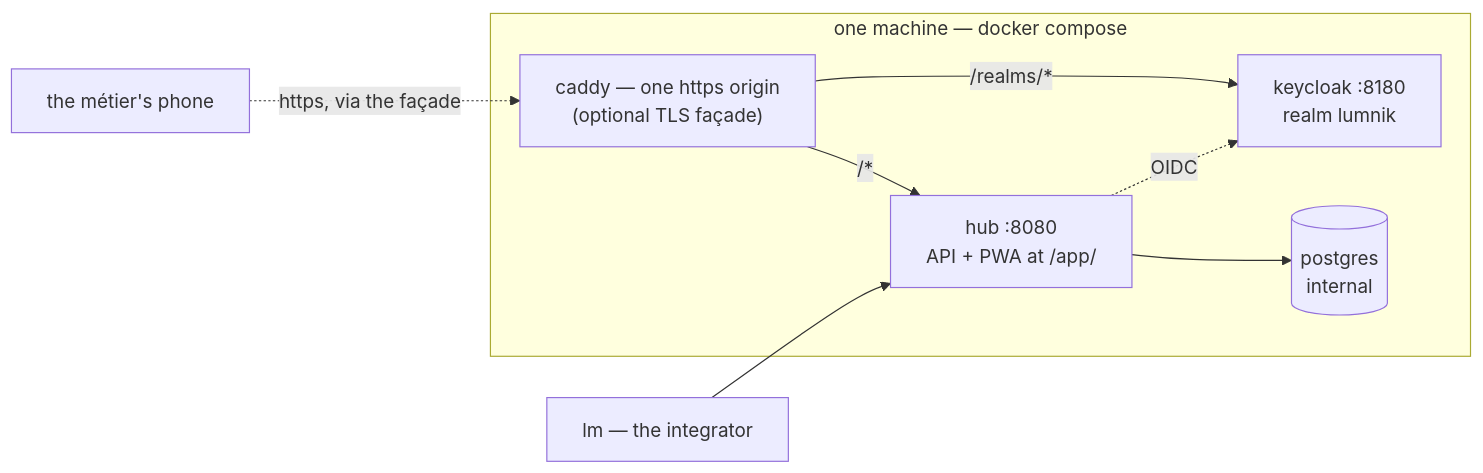
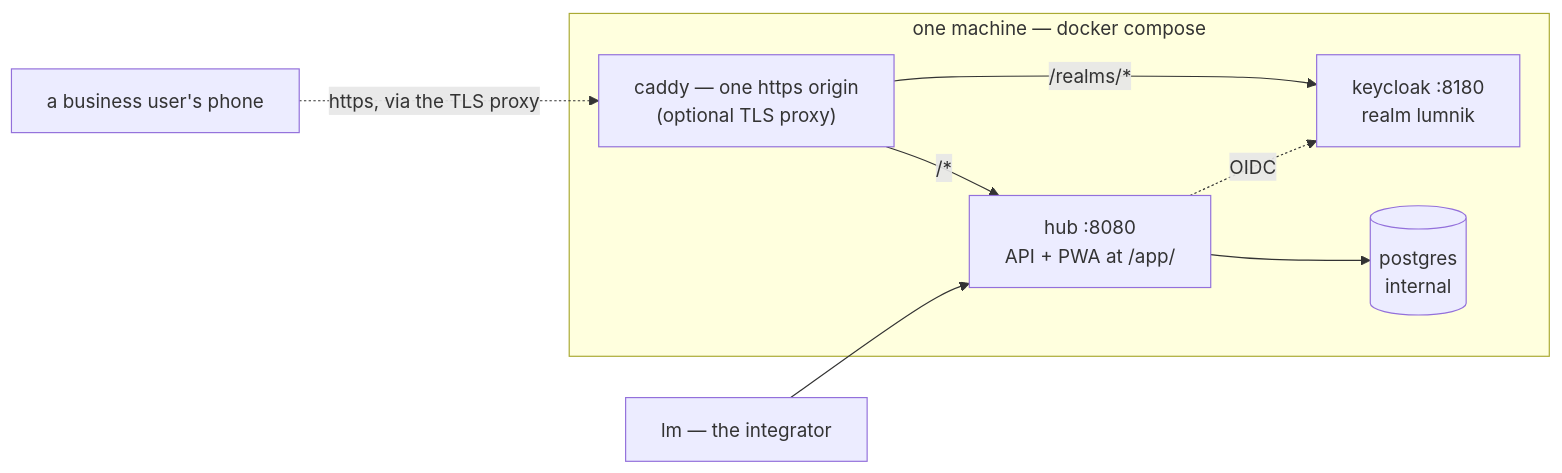
The diagram in docs/deploy.md (icreated/lumnik-open), drawn with Mermaid before and after one commit. The commit also changed other lines of this file and 634 other files, not shown here.

````diff
--- a/docs/deploy.md
+++ b/docs/deploy.md
@@ -81,15 +61,15 @@
 ```mermaid
 flowchart LR
   lmop["lm — the integrator"] --> hub
-  phone["the métier's phone"] -.->|"https, via the façade"| caddy
+  phone["a business user's phone"] -.->|"https, via the TLS proxy"| caddy
   subgraph machine["one machine — docker compose"]
-    caddy["caddy — one https origin<br/>(optional TLS façade)"]
+    caddy["caddy — one https origin<br/>(optional TLS proxy)"]
     hub["hub :8080<br/>API + PWA at /app/"]
     kc["keycloak :8180<br/>realm lumnik"]
     pg[("postgres<br/>internal")]
     caddy -->|"/*"| hub
     caddy -->|"/realms/*"| kc
     hub --> pg
     hub -.->|"OIDC"| kc
   end
 ```
````
